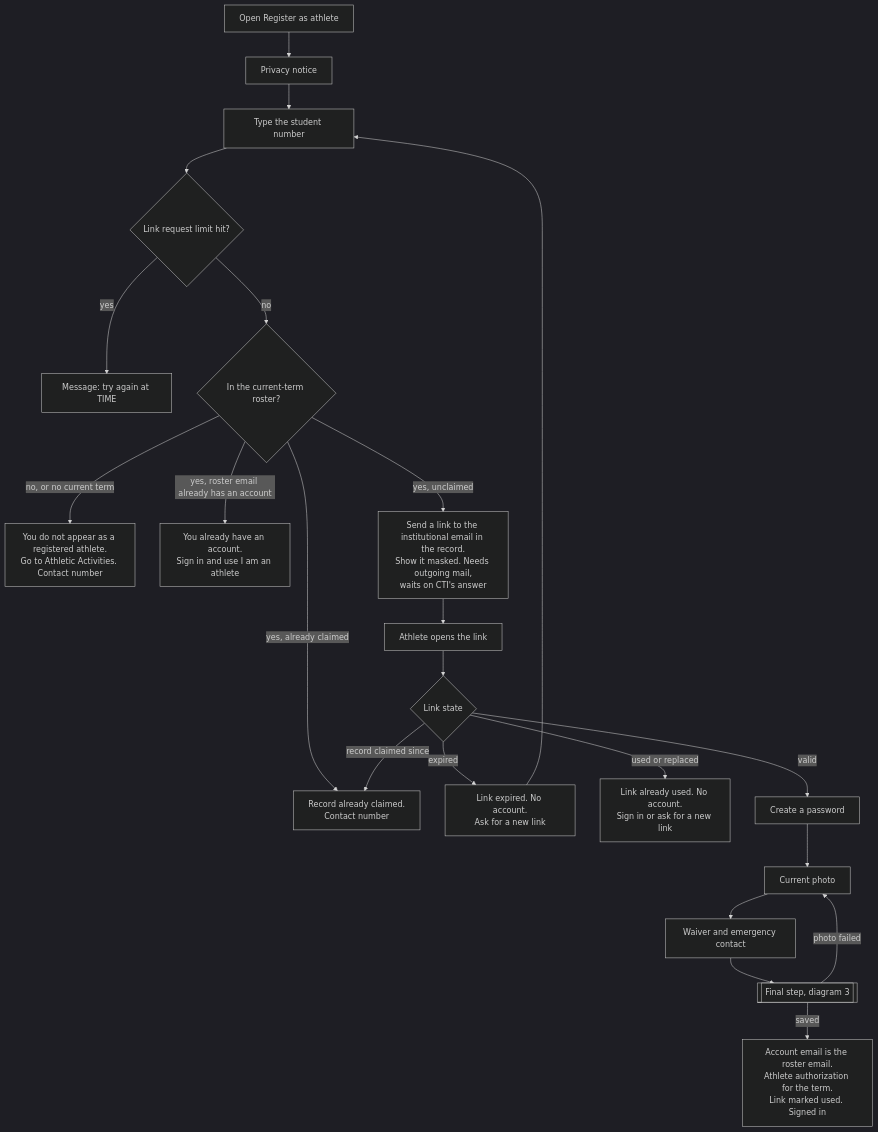
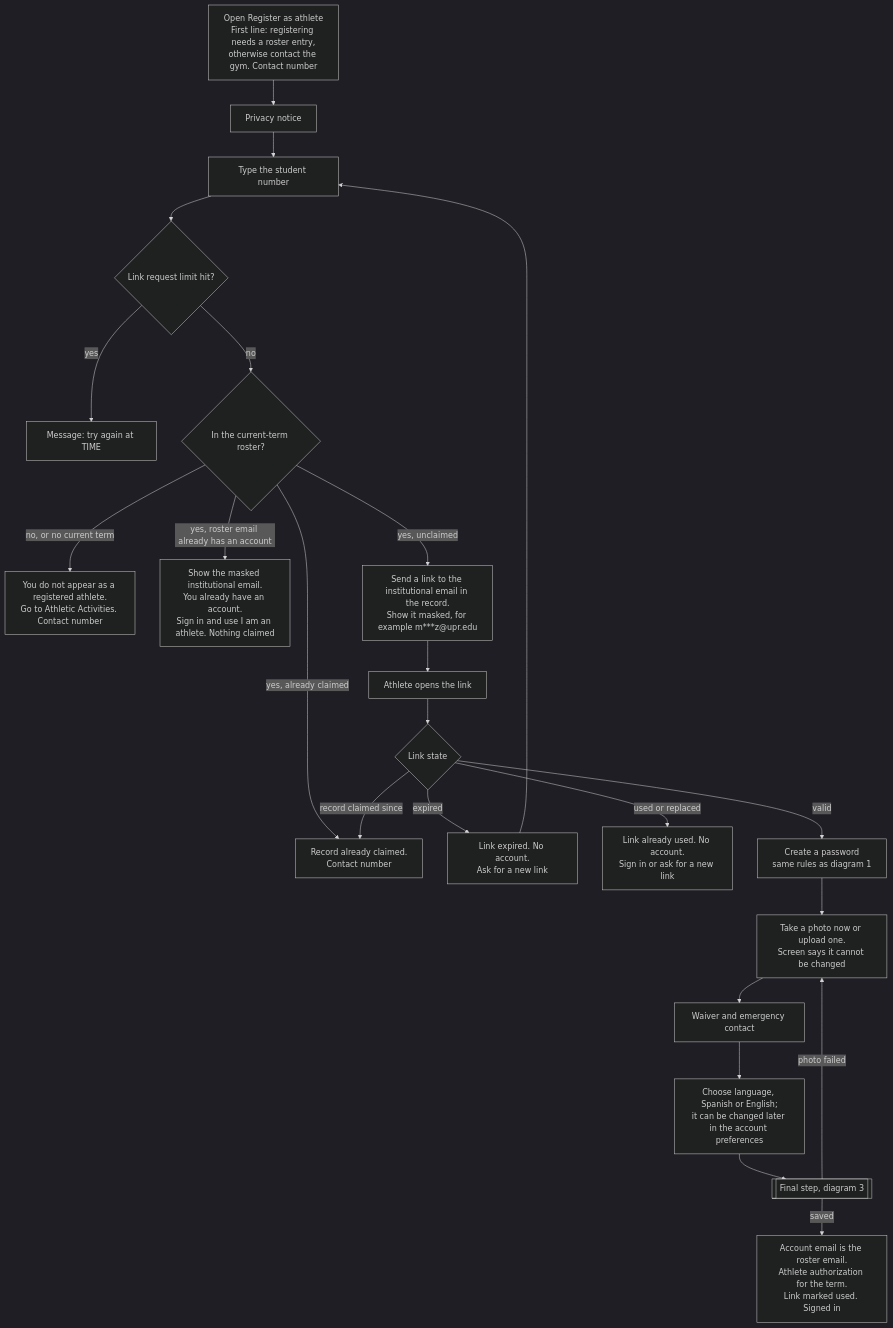
One commit to Th3-Minorities/natatorio-gym-app changed the fourth of 9 diagrams in docs/design/registration-flows.md. Above: the diagram before and after it, drawn with Mermaid (dark theme). The commit also changed other lines of this file, not shown here.

Commit message:
Apply the design review decisions to the registration flows

````diff
--- a/docs/design/registration-flows.md
+++ b/docs/design/registration-flows.md
@@ -131,24 +131,25 @@
 ```mermaid
 flowchart TD
-  START["Open Register as athlete"] --> PN["Privacy notice"]
+  START["Open Register as athlete<br/>First line: registering needs a roster entry,<br/>otherwise contact the gym. Contact number"] --> PN["Privacy notice"]
   PN --> SN["Type the student number"]
   SN --> LIM{"Link request limit hit?"}
   LIM -->|"yes"| X0["Message: try again at TIME"]
   LIM -->|"no"| R{"In the current-term roster?"}
   R -->|"no, or no current term"| X1["You do not appear as a registered athlete.<br/>Go to Athletic Activities. Contact number"]
   R -->|"yes, already claimed"| X2["Record already claimed.<br/>Contact number"]
-  R -->|"yes, roster email already has an account"| X3["You already have an account.<br/>Sign in and use I am an athlete"]
-  R -->|"yes, unclaimed"| SEND["Send a link to the institutional email in the record.<br/>Show it masked. Needs outgoing mail,<br/>waits on CTI's answer"]
+  R -->|"yes, roster email already has an account"| X3["Show the masked institutional email.<br/>You already have an account.<br/>Sign in and use I am an athlete. Nothing claimed"]
+  R -->|"yes, unclaimed"| SEND["Send a link to the institutional email in the record.<br/>Show it masked, for example m***z@upr.edu"]
   SEND --> OPEN["Athlete opens the link"]
   OPEN --> V{"Link state"}
   V -->|"expired"| X4["Link expired. No account.<br/>Ask for a new link"]
   V -->|"used or replaced"| X5["Link already used. No account.<br/>Sign in or ask for a new link"]
   V -->|"record claimed since"| X2
-  V -->|"valid"| PW["Create a password"]
-  PW --> PH["Current photo"]
+  V -->|"valid"| PW["Create a password<br/>same rules as diagram 1"]
+  PW --> PH["Take a photo now or upload one.<br/>Screen says it cannot be changed"]
   PH --> WV["Waiver and emergency contact"]
-  WV --> FIN[["Final step, diagram 3"]]
+  WV --> LG["Choose language, Spanish or English;<br/>it can be changed later in the account preferences"]
+  LG --> FIN[["Final step, diagram 3"]]
   FIN -->|"photo failed"| PH
   FIN -->|"saved"| OK["Account email is the roster email.<br/>Athlete authorization for the term.<br/>Link marked used. Signed in"]
   X4 --> SN
 ```
````
